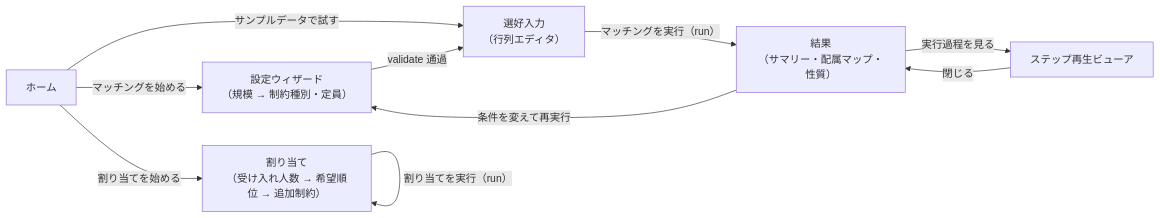
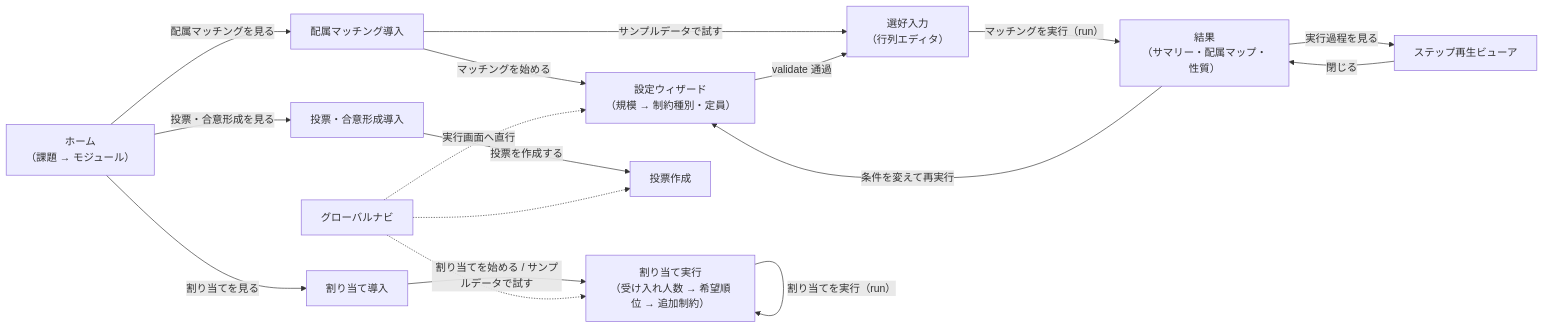
Before and after one commit to my-shelfio/ennx: the second of 4 diagrams in docs/system-spec.md, drawn with Mermaid. The commit also changed other lines of this file and 1 other file, not shown here.

````diff
--- a/docs/system-spec.md
+++ b/docs/system-spec.md
@@ -144,13 +151,23 @@
 ```mermaid
 flowchart LR
-    home["ホーム"] -->|マッチングを始める| setup["設定ウィザード<br>（規模 → 制約種別・定員）"]
-    home -->|サンプルデータで試す| pref["選好入力<br>（行列エディタ）"]
+    home["ホーム<br>（課題 → モジュール）"] -->|配属マッチングを見る| mIntro["配属マッチング導入"]
+    home -->|割り当てを見る| aIntro["割り当て導入"]
+    home -->|投票・合意形成を見る| vIntro["投票・合意形成導入"]
+
+    mIntro -->|マッチングを始める| setup["設定ウィザード<br>（規模 → 制約種別・定員）"]
+    mIntro -->|サンプルデータで試す| pref["選好入力<br>（行列エディタ）"]
     setup -->|validate 通過| pref
     pref -->|マッチングを実行（run）| result["結果<br>（サマリー・配属マップ・性質）"]
     result -->|実行過程を見る| player["ステップ再生ビューア"]
     player -->|閉じる| result
     result -->|条件を変えて再実行| setup
 
-    home -->|割り当てを始める| assign["割り当て<br>（受け入れ人数 → 希望順位 → 追加制約）"]
+    aIntro -->|割り当てを始める / サンプルデータで試す| assign["割り当て実行<br>（受け入れ人数 → 希望順位 → 追加制約）"]
     assign -->|割り当てを実行（run）| assign
+
+    vIntro -->|投票を作成する| create["投票作成"]
+
+    nav["グローバルナビ"] -.->|実行画面へ直行| setup
+    nav -.-> assign
+    nav -.-> create
 ```
````
